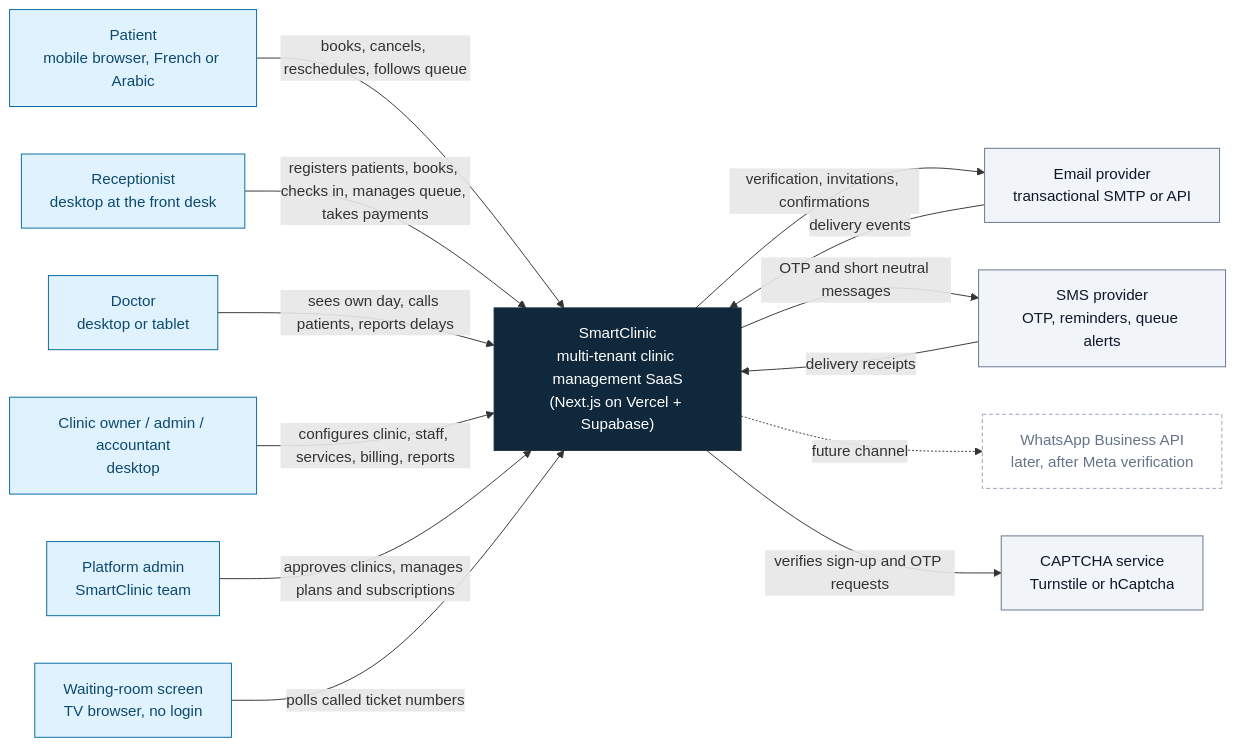
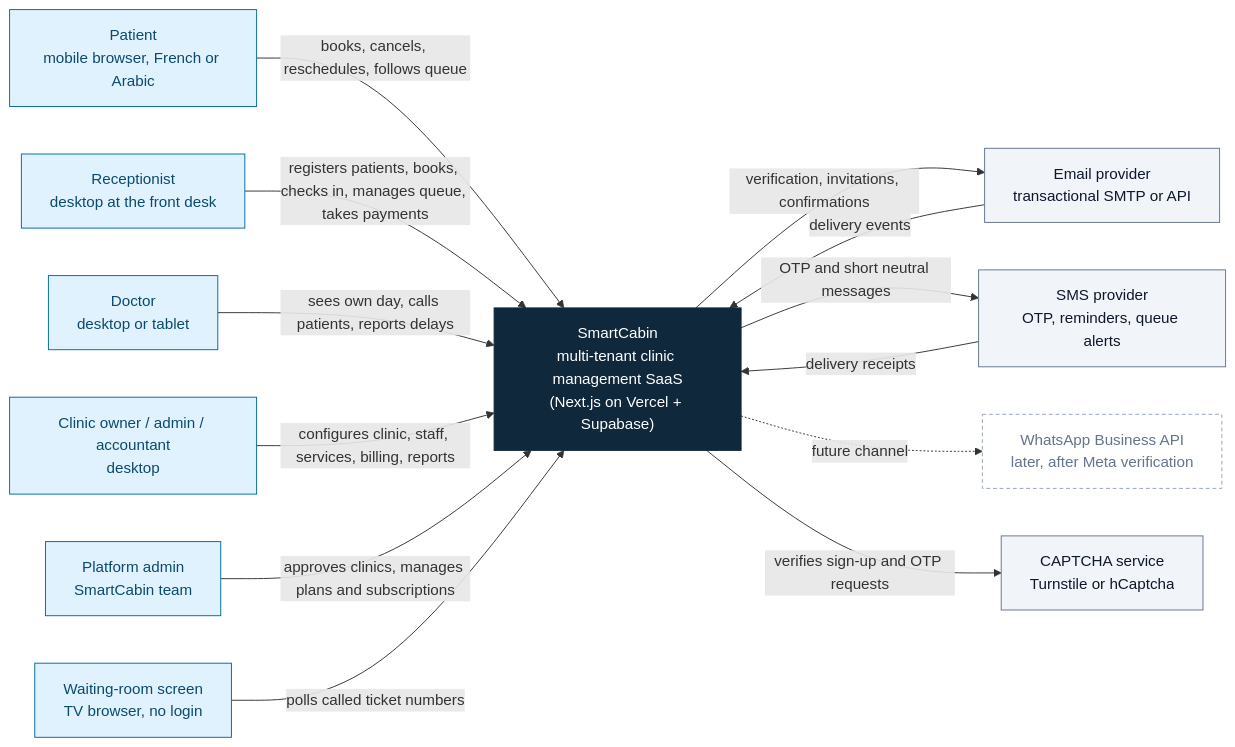
The first of 5 diagrams in docs/SYSTEM_ARCHITECTURE.md (azizi-youssef/SmartCabin), drawn with Mermaid before and after one commit. The commit also changed other lines of this file and 88 other files, not shown here.

````diff
--- a/docs/SYSTEM_ARCHITECTURE.md
+++ b/docs/SYSTEM_ARCHITECTURE.md
@@ -15,39 +15,39 @@
 ```mermaid
 flowchart LR
     patient["Patient<br/>mobile browser, French or Arabic"]
     reception["Receptionist<br/>desktop at the front desk"]
     doctor["Doctor<br/>desktop or tablet"]
     admin["Clinic owner / admin / accountant<br/>desktop"]
-    platform["Platform admin<br/>SmartClinic team"]
+    platform["Platform admin<br/>SmartCabin team"]
     display["Waiting-room screen<br/>TV browser, no login"]
 
-    sc["SmartClinic<br/>multi-tenant clinic management SaaS<br/>(Next.js on Vercel + Supabase)"]
+    sc["SmartCabin<br/>multi-tenant clinic management SaaS<br/>(Next.js on Vercel + Supabase)"]
 
     email["Email provider<br/>transactional SMTP or API"]
     sms["SMS provider<br/>OTP, reminders, queue alerts"]
     wa["WhatsApp Business API<br/>later, after Meta verification"]
     captcha["CAPTCHA service<br/>Turnstile or hCaptcha"]
 
     patient -->|"books, cancels, reschedules, follows queue"| sc
     reception -->|"registers patients, books, checks in, manages queue, takes payments"| sc
     doctor -->|"sees own day, calls patients, reports delays"| sc
     admin -->|"configures clinic, staff, services, billing, reports"| sc
     platform -->|"approves clinics, manages plans and subscriptions"| sc
     display -->|"polls called ticket numbers"| sc
 
     sc -->|"verification, invitations, confirmations"| email
     sc -->|"OTP and short neutral messages"| sms
     sc -.->|"future channel"| wa
     sc -->|"verifies sign-up and OTP requests"| captcha
     sms -->|"delivery receipts"| sc
     email -->|"delivery events"| sc
 
     classDef person fill:#e0f2fe,stroke:#0369a1,color:#0c4a6e
     classDef system fill:#10283b,stroke:#10283b,color:#ffffff
     classDef external fill:#f1f5f9,stroke:#64748b,color:#0f172a
     classDef future fill:#ffffff,stroke:#94a3b8,color:#64748b,stroke-dasharray: 4 3
     class patient,reception,doctor,admin,platform,display person
     class sc system
     class email,sms,captcha external
     class wa future
 ```
````
